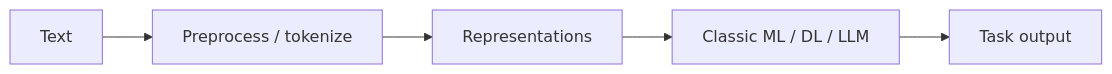
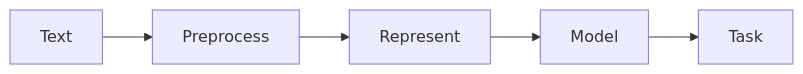
Before and after one commit to abdulsamad183/ai-engineering-playbook: the diagram in domains/natural-language-processing/nlp-basics/01-introduction-to-nlp.md, drawn with Mermaid. The commit also changed other lines of this file and 306 other files, not shown here.

````diff
--- a/domains/natural-language-processing/nlp-basics/01-introduction-to-nlp.md
+++ b/domains/natural-language-processing/nlp-basics/01-introduction-to-nlp.md
@@ -22,7 +88,4 @@
 ```mermaid
 flowchart LR
-  Text --> Pre[Preprocess / tokenize]
-  Pre --> Rep[Representations]
-  Rep --> Model[Classic ML / DL / LLM]
-  Model --> Task[Task output]
+  Text --> Preprocess --> Represent --> Model --> Task
 ```
````
